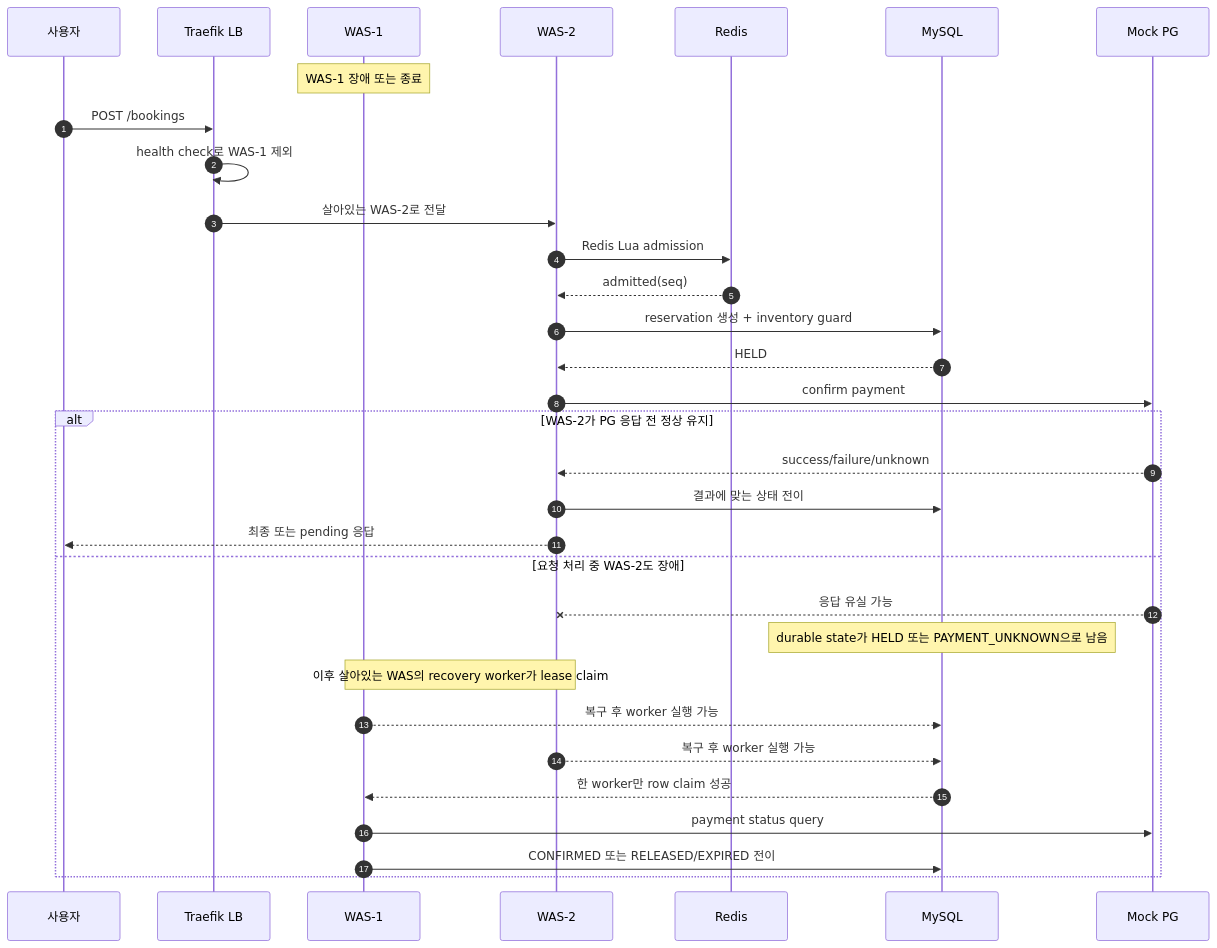
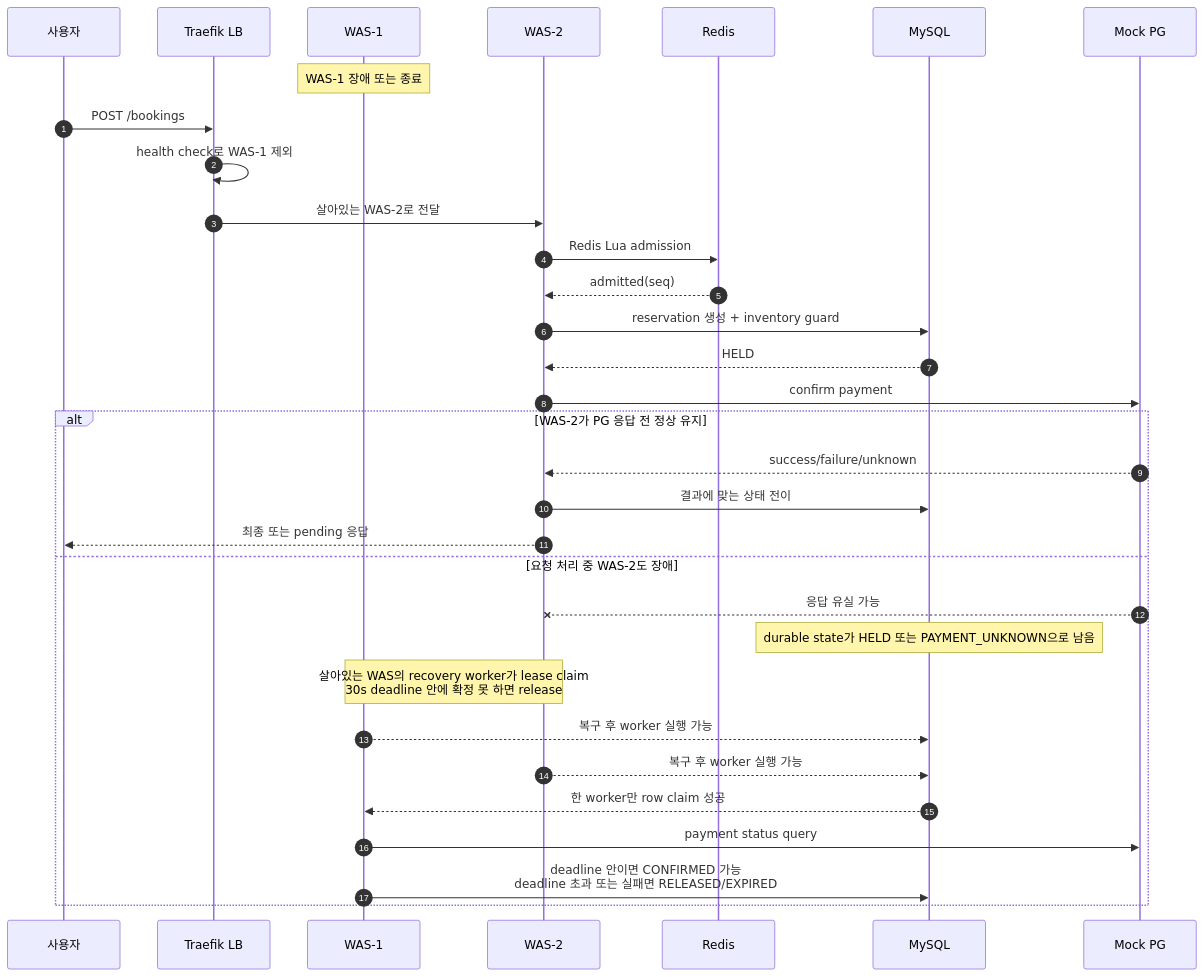
One commit to lsh1215/peak-booking-system changed the third of 6 diagrams in docs/system-design/booking-user-flow-mermaid.md. Above: the diagram before and after it, drawn with Mermaid. The commit also changed other lines of this file and 7 other files, not shown here.

````diff
--- a/docs/system-design/booking-user-flow-mermaid.md
+++ b/docs/system-design/booking-user-flow-mermaid.md
@@ -82,37 +98,37 @@
 ```mermaid
 sequenceDiagram
     autonumber
     participant U as 사용자
     participant T as Traefik LB
     participant A1 as WAS-1
     participant A2 as WAS-2
     participant R as Redis
     participant D as MySQL
     participant P as Mock PG
 
     Note over A1: WAS-1 장애 또는 종료
     U->>T: POST /bookings
     T->>T: health check로 WAS-1 제외
     T->>A2: 살아있는 WAS-2로 전달
 
     A2->>R: Redis Lua admission
     R-->>A2: admitted(seq)
     A2->>D: reservation 생성 + inventory guard
     D-->>A2: HELD
     A2->>P: confirm payment
 
     alt WAS-2가 PG 응답 전 정상 유지
         P-->>A2: success/failure/unknown
         A2->>D: 결과에 맞는 상태 전이
         A2-->>U: 최종 또는 pending 응답
     else 요청 처리 중 WAS-2도 장애
         P--x A2: 응답 유실 가능
         Note over D: durable state가 HELD 또는 PAYMENT_UNKNOWN으로 남음
-        Note over A1,A2: 이후 살아있는 WAS의 recovery worker가 lease claim
+        Note over A1,A2: 살아있는 WAS의 recovery worker가 lease claim<br/>30s deadline 안에 확정 못 하면 release
         A1-->>D: 복구 후 worker 실행 가능
         A2-->>D: 복구 후 worker 실행 가능
         D-->>A1: 한 worker만 row claim 성공
         A1->>P: payment status query
-        A1->>D: CONFIRMED 또는 RELEASED/EXPIRED 전이
+        A1->>D: deadline 안이면 CONFIRMED 가능<br/>deadline 초과 또는 실패면 RELEASED/EXPIRED
     end
 ```
````
